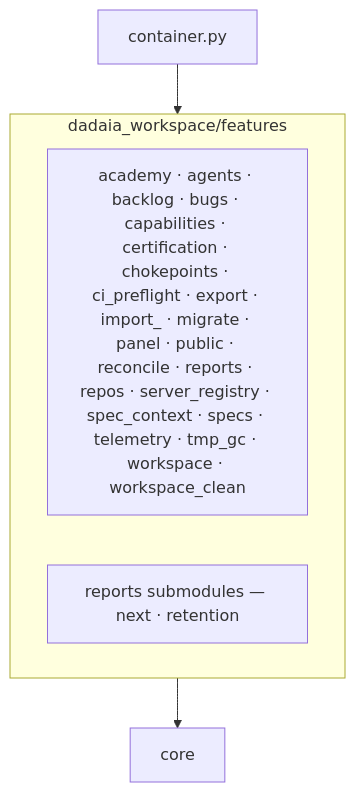
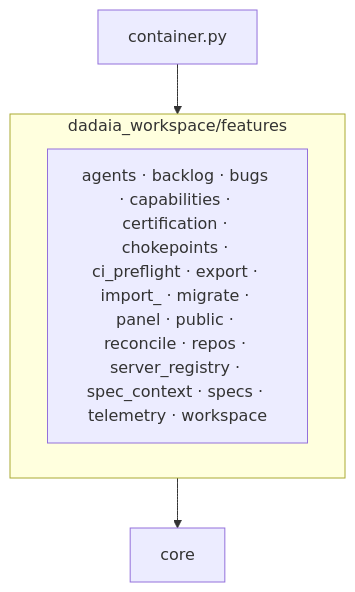
The second of 3 diagrams in specs/memory/ARCHITECTURE.md (marcoaureliomenezes/dadaia-workspace), drawn with Mermaid before and after one commit. The commit also changed other lines of this file and 488 other files, not shown here.

First line of the commit message:
chore(release): ship 0.4.6 — workspace instance compliance (one zone registry, one doctor), skills consolidation, rc-flow; publish to PyPI (#247)

````diff
--- a/specs/memory/ARCHITECTURE.md
+++ b/specs/memory/ARCHITECTURE.md
@@ -153,9 +154,8 @@
 ```mermaid
 flowchart TB
     subgraph features["dadaia_workspace/features"]
-      pkgs["academy · agents · backlog · bugs · capabilities · certification · chokepoints · ci_preflight · export · import_ · migrate · panel · public · reconcile · reports · repos · server_registry · spec_context · specs · telemetry · tmp_gc · workspace · workspace_clean"]
-      subs["reports submodules — next · retention"]
+      pkgs["agents · backlog · bugs · capabilities · certification · chokepoints · ci_preflight · export · import_ · migrate · panel · public · reconcile · repos · server_registry · spec_context · specs · telemetry · workspace"]
     end
     container["container.py"] --> features
     features --> core["core"]
 ```
````
